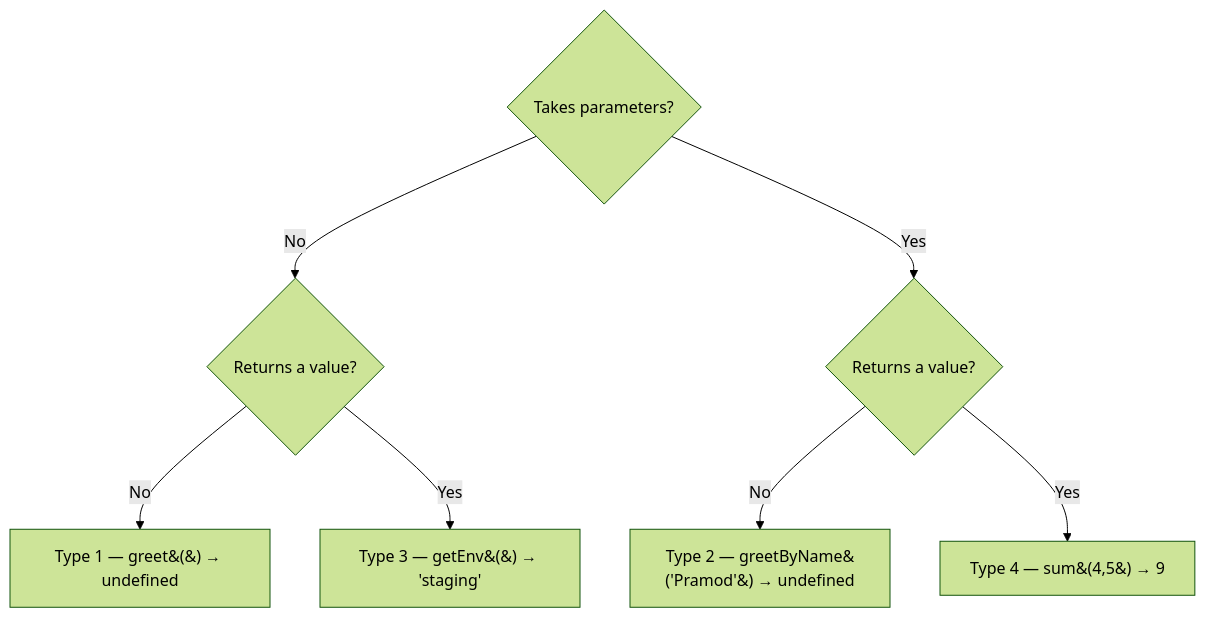
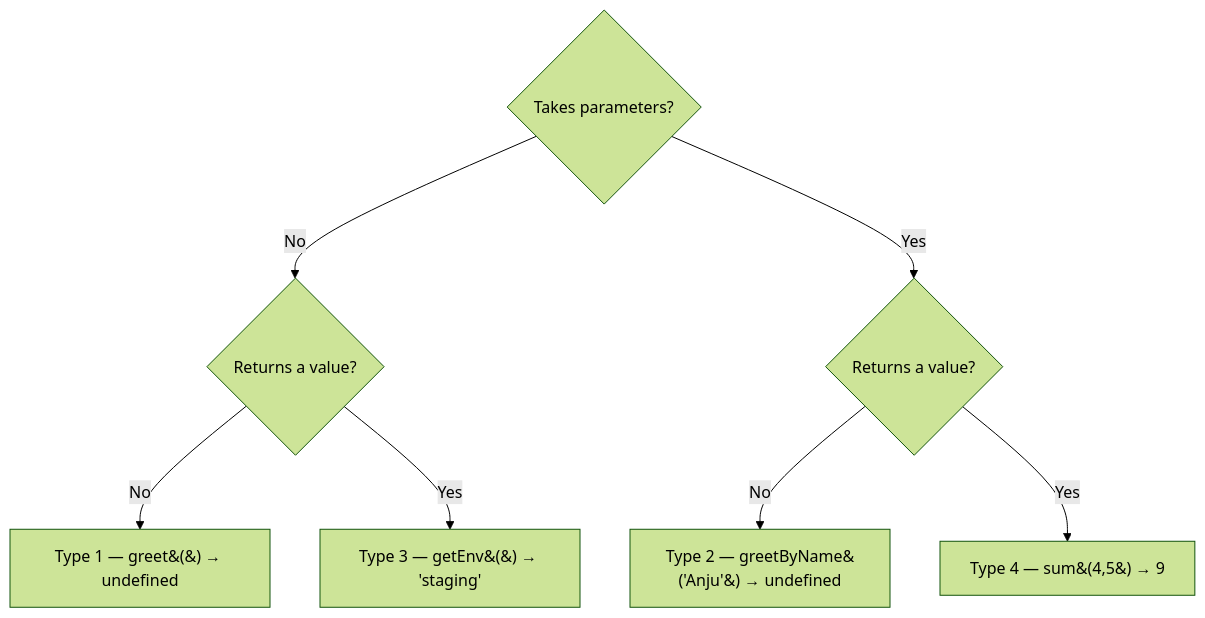
One commit to singhanju3329/Playwright-3X changed diagram 18 of 26 in README.md. Above: the diagram before and after it, drawn with Mermaid (forest theme). The commit also changed other lines of this file and 16 other files, not shown here.

Commit message:
Replace author name Pramod with Anju across all files

````diff
--- a/README.md
+++ b/README.md
@@ -1172,9 +1172,9 @@
 ```mermaid
 flowchart TD
     Q1{"Takes parameters?"} -->|No| Q2{"Returns a value?"}
     Q1 -->|Yes| Q3{"Returns a value?"}
     Q2 -->|No| T1["Type 1 — greet&#40;&#41; → undefined"]
     Q2 -->|Yes| T3["Type 3 — getEnv&#40;&#41; → 'staging'"]
-    Q3 -->|No| T2["Type 2 — greetByName&#40;'Pramod'&#41; → undefined"]
+    Q3 -->|No| T2["Type 2 — greetByName&#40;'Anju'&#41; → undefined"]
     Q3 -->|Yes| T4["Type 4 — sum&#40;4,5&#41; → 9"]
 ```
````
